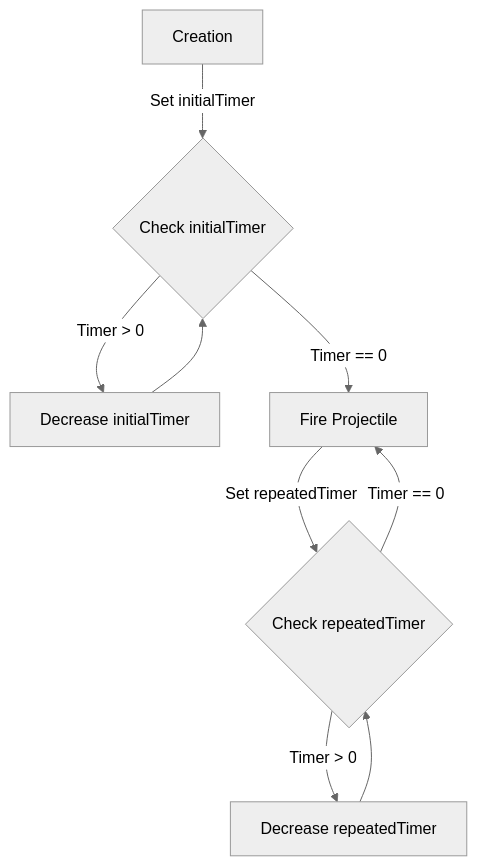
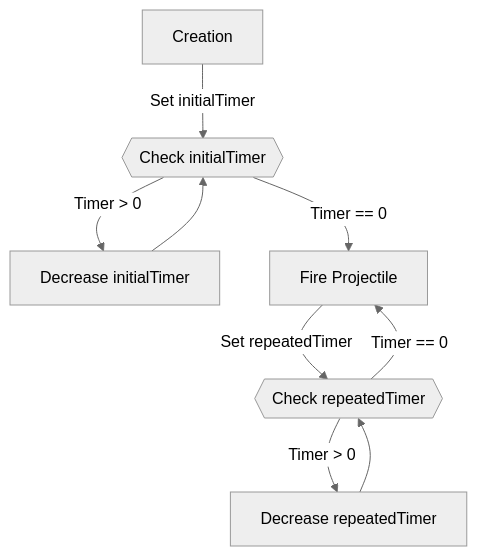
Before and after one commit to Miepee/AM2R-Technical-Wiki: the diagram in content/enemies/wallfire.md, drawn with Mermaid (neutral theme). The commit also changed other lines of this file, not shown here.

Commit message:
Make wallfire graph cleaner

```diff
--- a/content/enemies/wallfire.md
+++ b/content/enemies/wallfire.md
@@ -43,11 +43,11 @@
 {{< mermaid class="text-center">}}
 graph TB
-    A[Creation] -->|Set initialTimer| B{Check initialTimer}
+    A[Creation] -->|Set initialTimer| B{{Check initialTimer}}
     B -->|Timer > 0| C[Decrease initialTimer]
     C --> B
     B -->|Timer == 0| D[Fire Projectile]
-    D -->|Set repeatedTimer| E{Check repeatedTimer}
+    D -->|Set repeatedTimer| E{{Check repeatedTimer}}
     E -->|Timer > 0| F[Decrease repeatedTimer]
     F --> E
     E -->|Timer == 0| D
 {{< /mermaid >}}
```
